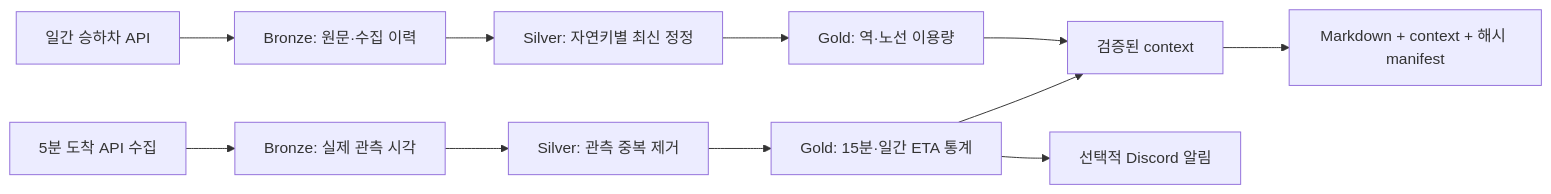
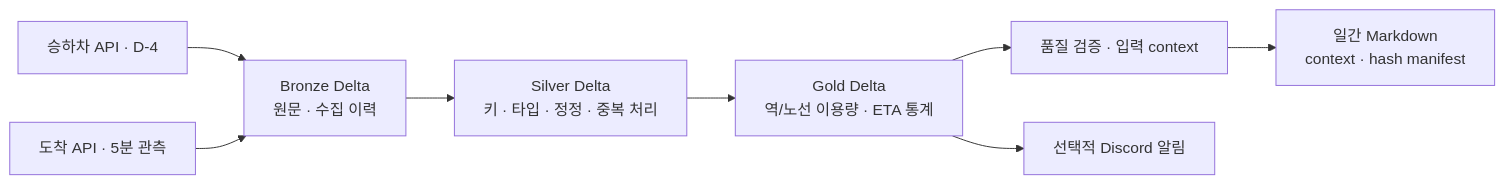
The diagram in README.md (HongJunseong/seoul-subway-daily-reporting), drawn with Mermaid before and after one commit. The commit also changed other lines of this file and 1 other file, not shown here.

````diff
--- a/README.md
+++ b/README.md
@@ -15,13 +33,10 @@
 ```mermaid
 flowchart LR
-  U[일간 승하차 API] --> UB[Bronze: 원문·수집 이력]
-  A[5분 도착 API 수집] --> AB[Bronze: 실제 관측 시각]
-  UB --> US[Silver: 자연키별 최신 정정]
-  AB --> AS[Silver: 관측 중복 제거]
-  US --> UG[Gold: 역·노선 이용량]
-  AS --> AG[Gold: 15분·일간 ETA 통계]
-  UG --> R[검증된 context]
-  AG --> R
-  R --> MD[Markdown + context + 해시 manifest]
-  AG --> N[선택적 Discord 알림]
+  U[승하차 API · D-4] --> B[Bronze Delta<br/>원문 · 수집 이력]
+  A[도착 API · 5분 관측] --> B
+  B --> S[Silver Delta<br/>키 · 타입 · 정정 · 중복 처리]
+  S --> G[Gold Delta<br/>역/노선 이용량 · ETA 통계]
+  G --> Q[품질 검증 · 입력 context]
+  Q --> R[일간 Markdown<br/>context · hash manifest]
+  G --> N[선택적 Discord 알림]
 ```
````
